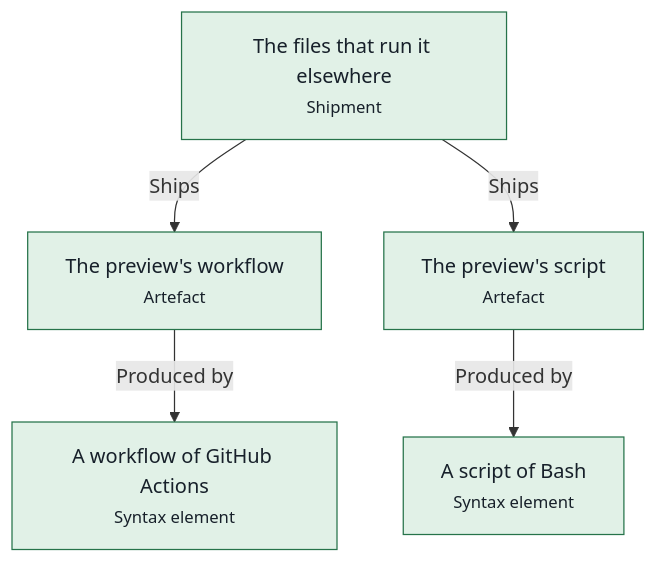
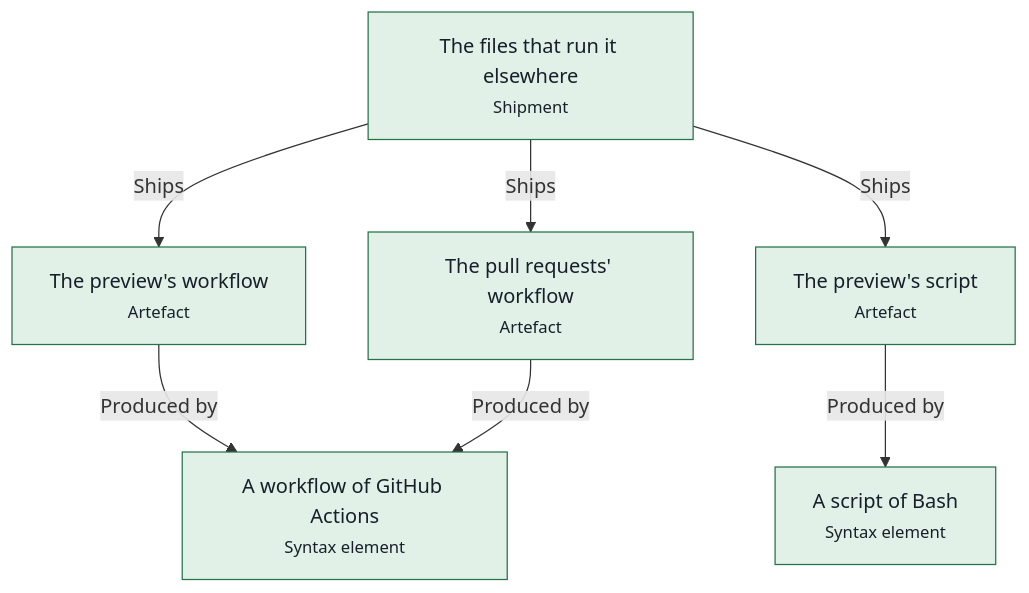
One commit to advancedcognitivesystems-ai/trame changed the fourth of 4 diagrams in apps/poselia/docs/pipelines.md. Above: the diagram before and after it, drawn with Mermaid. The commit also changed other lines of this file and 268 other files, not shown here.

First line of the commit message:
D1: the merge into main is a shipment, each pull request checked on GitHub

````diff
--- a/apps/poselia/docs/pipelines.md
+++ b/apps/poselia/docs/pipelines.md
@@ -291,17 +324,20 @@
 ```mermaid
 flowchart TB
   n0["The preview's script<br/><small>Artefact</small>"]:::held
   n1["A script of Bash<br/><small>Syntax element</small>"]:::held
   n2["The preview's workflow<br/><small>Artefact</small>"]:::held
   n3["A workflow of GitHub Actions<br/><small>Syntax element</small>"]:::held
-  n4["The files that run it elsewhere<br/><small>Shipment</small>"]:::held
+  n4["The pull requests' workflow<br/><small>Artefact</small>"]:::held
+  n5["The files that run it elsewhere<br/><small>Shipment</small>"]:::held
   n0 -->|Produced by| n1
   n2 -->|Produced by| n3
-  n4 -->|Ships| n2
-  n4 -->|Ships| n0
+  n4 -->|Produced by| n3
+  n5 -->|Ships| n2
+  n5 -->|Ships| n0
+  n5 -->|Ships| n4
   classDef held fill:#e1f1e7,stroke:#26734a,color:#17202a
   classDef blocked fill:#fbf0d9,stroke:#9a6200,color:#17202a
   classDef violated fill:#f9e3e1,stroke:#ad2a22,color:#17202a
   classDef unknown fill:#e9edf0,stroke:#65707c,color:#17202a
   classDef neutral fill:#ffffff,stroke:#5a6672,color:#17202a
 ```
````
